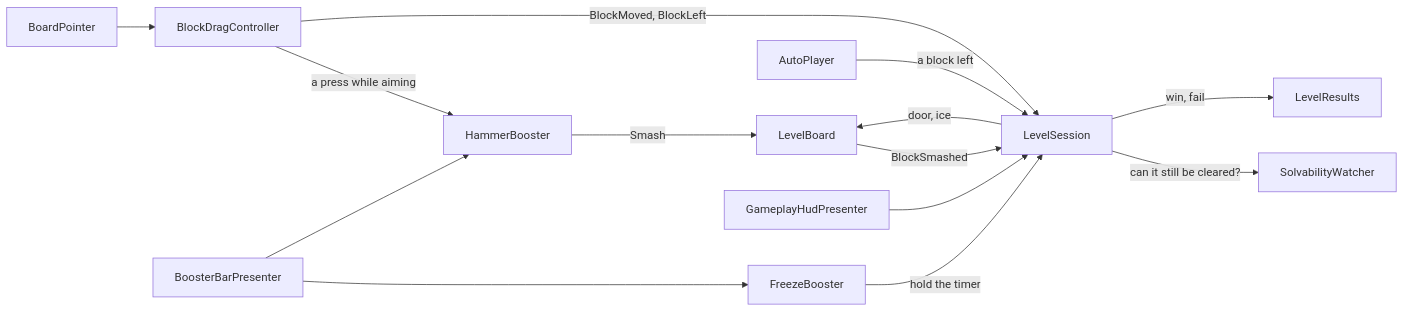
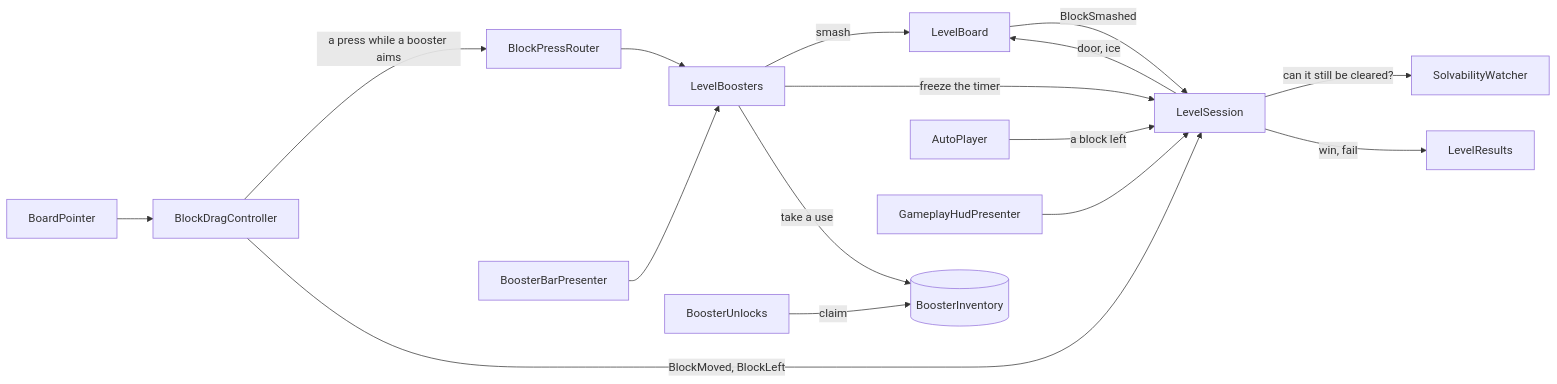
The diagram in README.md (recep-yzc/color-block-jam), drawn with Mermaid before and after one commit. The commit also changed other lines of this file, not shown here.

First line of the commit message:
docs: describe the folder layout and the data-driven boosters

````diff
--- a/README.md
+++ b/README.md
@@ -132,16 +144,18 @@
 ```mermaid
 flowchart LR
     Pointer[BoardPointer] --> Drag[BlockDragController]
-    Drag -- "a press while aiming" --> Hammer[HammerBooster]
+    Drag -- "a press while a booster aims" --> Router[BlockPressRouter]
+    Router --> Boosters[LevelBoosters]
     Drag -- "BlockMoved, BlockLeft" --> Session[LevelSession]
-    Hammer -- Smash --> Board[LevelBoard]
+    Boosters -- "smash" --> Board[LevelBoard]
+    Boosters -- "freeze the timer" --> Session
+    Boosters -- "take a use" --> Inventory[(BoosterInventory)]
     Board -- BlockSmashed --> Session
     Auto[AutoPlayer] -- "a block left" --> Session
     Session -- "door, ice" --> Board
     Session -- "can it still be cleared?" --> Watcher[SolvabilityWatcher]
     Session -- "win, fail" --> Results[LevelResults]
-    Freeze[FreezeBooster] -- "hold the timer" --> Session
-    Bar[BoosterBarPresenter] --> Freeze
-    Bar --> Hammer
+    Bar[BoosterBarPresenter] --> Boosters
+    Unlocks[BoosterUnlocks] -- "claim" --> Inventory
     Hud[GameplayHudPresenter] --> Session
 ```
````
